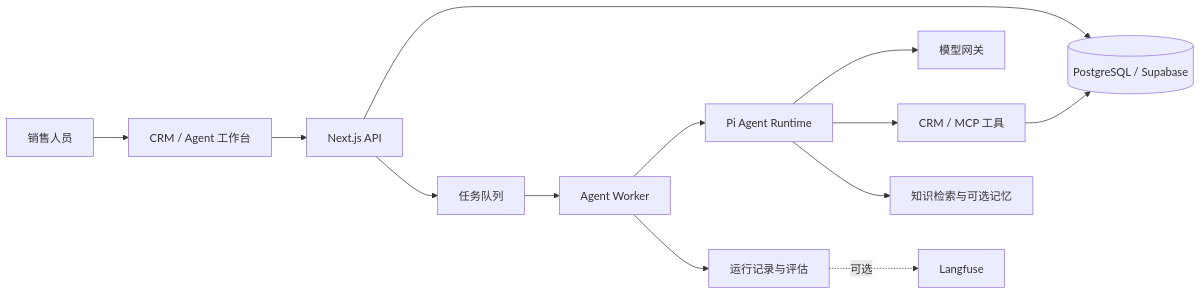
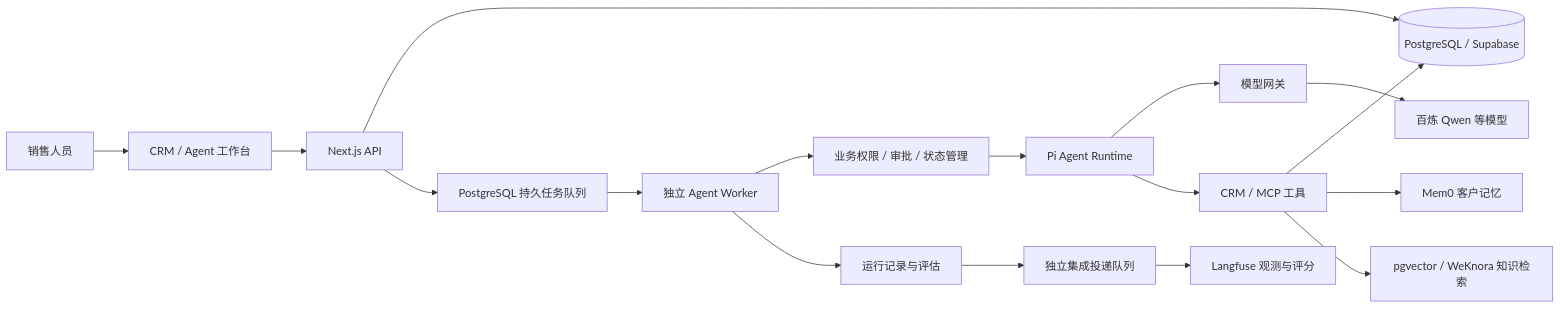
One commit to tech-cove01/project-crm changed the diagram in README.md. Above: the diagram before and after it, drawn with Mermaid. The commit also changed other lines of this file, not shown here.

Commit message:
docs: focus README on CRM architecture and capabilities

````diff
--- a/README.md
+++ b/README.md
@@ -20,15 +48,19 @@
 ```mermaid
 flowchart LR
-    U[销售人员] --> W[CRM / Agent 工作台]
-    W --> API[Next.js API]
+    User[销售人员] --> UI[CRM / Agent 工作台]
+    UI --> API[Next.js API]
     API --> DB[(PostgreSQL / Supabase)]
-    API --> Q[任务队列]
-    Q --> Worker[Agent Worker]
-    Worker --> Pi[Pi Agent Runtime]
-    Pi --> Model[模型网关]
+    API --> Queue[PostgreSQL 持久任务队列]
+    Queue --> Worker[独立 Agent Worker]
+    Worker --> Harness[业务权限 / 审批 / 状态管理]
+    Harness --> Pi[Pi Agent Runtime]
+    Pi --> Gateway[模型网关]
+    Gateway --> LLM[百炼 Qwen 等模型]
     Pi --> Tools[CRM / MCP 工具]
     Tools --> DB
-    Pi --> Knowledge[知识检索与可选记忆]
-    Worker --> Trace[运行记录与评估]
-    Trace -. 可选 .-> Langfuse[Langfuse]
+    Tools --> Memory[Mem0 客户记忆]
+    Tools --> Knowledge[pgvector / WeKnora 知识检索]
+    Worker --> Events[运行记录与评估]
+    Events --> Outbox[独立集成投递队列]
+    Outbox --> Langfuse[Langfuse 观测与评分]
 ```
````
